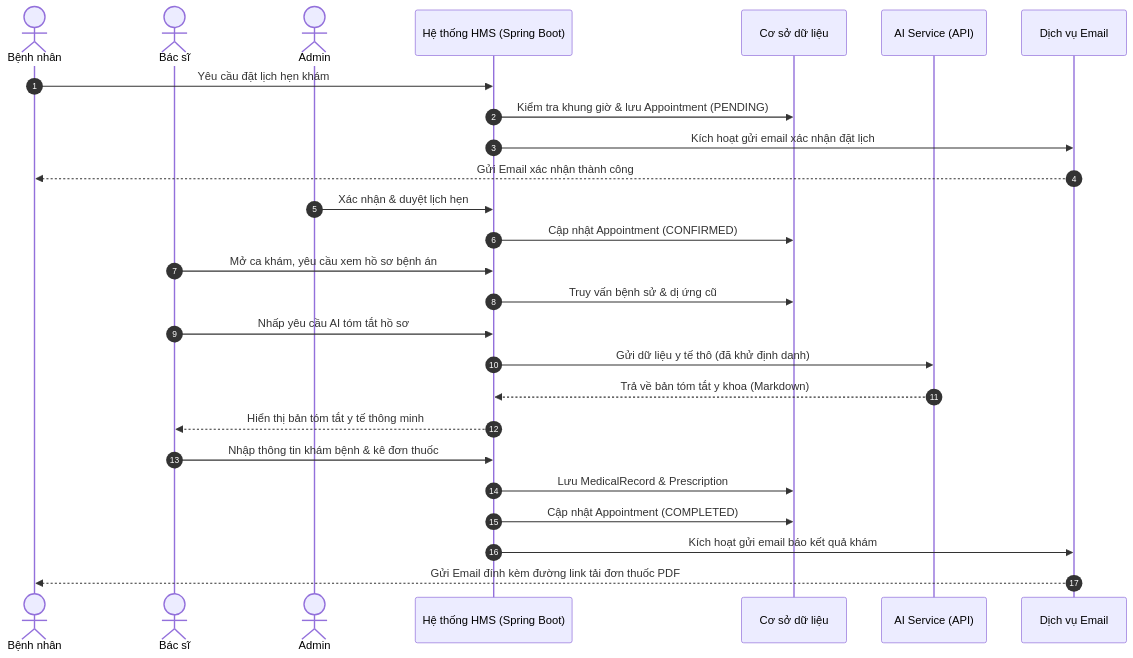
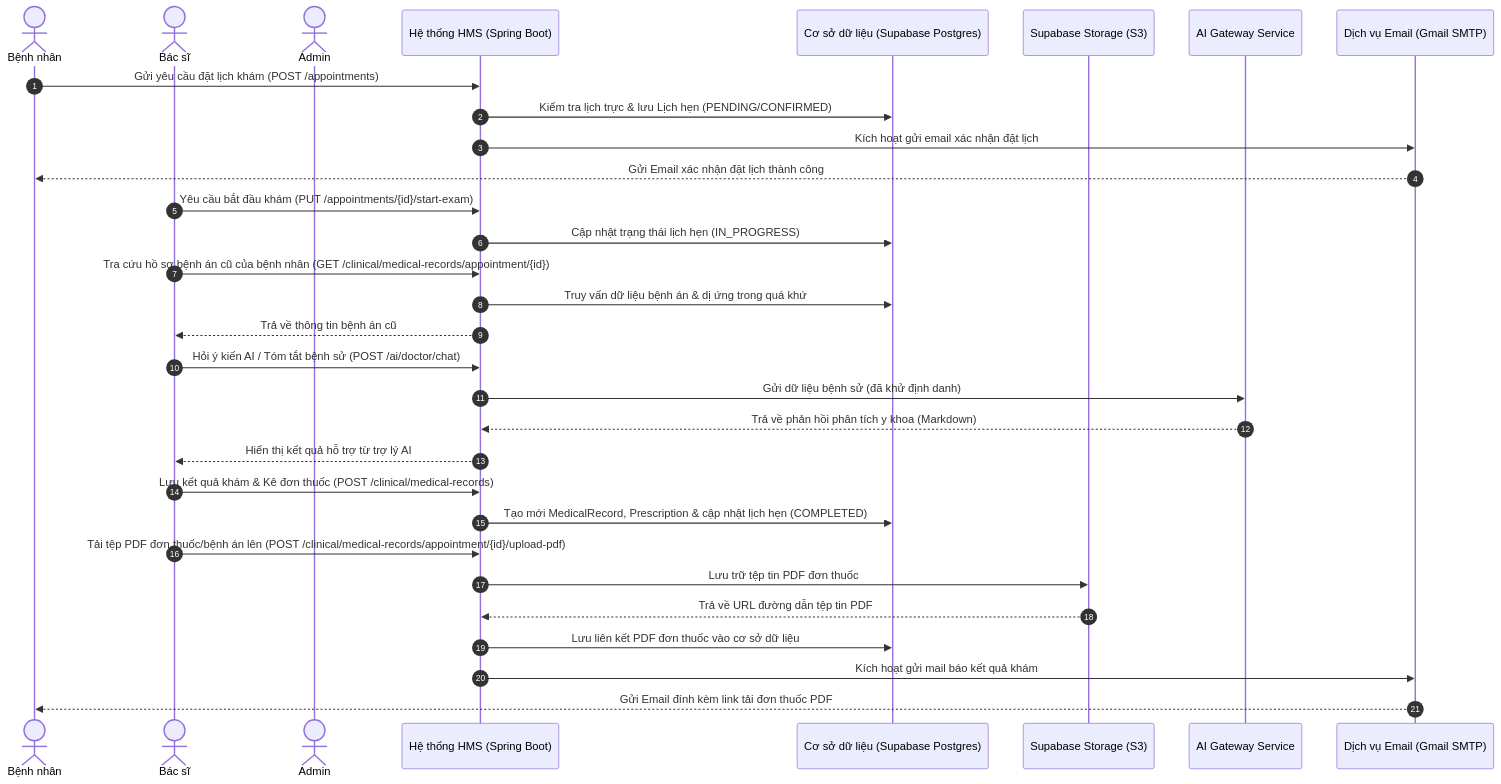
Before and after one commit to Anh-iscrying/MediCore_v2: the first of 4 diagrams in docs/srs.md, drawn with Mermaid. The commit also changed other lines of this file and 6 other files, not shown here.

````diff
--- a/docs/srs.md
+++ b/docs/srs.md
@@ -241,29 +241,41 @@
 ```mermaid
 sequenceDiagram
     autonumber
     actor Patient as Bệnh nhân
     actor Doctor as Bác sĩ
     actor Admin as Admin
     participant System as Hệ thống HMS (Spring Boot)
-    participant DB as Cơ sở dữ liệu
-    participant AI as AI Service (API)
-    participant Email as Dịch vụ Email
+    participant DB as Cơ sở dữ liệu (Supabase Postgres)
+    participant Storage as Supabase Storage (S3)
+    participant AI as AI Gateway Service
+    participant Email as Dịch vụ Email (Gmail SMTP)
 
-    Patient->>System: Yêu cầu đặt lịch hẹn khám
-    System->>DB: Kiểm tra khung giờ & lưu Appointment (PENDING)
+    %% 1. Đặt lịch
+    Patient->>System: Gửi yêu cầu đặt lịch khám (POST /appointments)
+    System->>DB: Kiểm tra lịch trực & lưu Lịch hẹn (PENDING/CONFIRMED)
     System->>Email: Kích hoạt gửi email xác nhận đặt lịch
-    Email-->>Patient: Gửi Email xác nhận thành công
-    Admin->>System: Xác nhận & duyệt lịch hẹn
-    System->>DB: Cập nhật Appointment (CONFIRMED)
-    Doctor->>System: Mở ca khám, yêu cầu xem hồ sơ bệnh án
-    System->>DB: Truy vấn bệnh sử & dị ứng cũ
-    Doctor->>System: Nhấp yêu cầu AI tóm tắt hồ sơ
-    System->>AI: Gửi dữ liệu y tế thô (đã khử định danh)
-    AI-->>System: Trả về bản tóm tắt y khoa (Markdown)
-    System-->>Doctor: Hiển thị bản tóm tắt y tế thông minh
-    Doctor->>System: Nhập thông tin khám bệnh & kê đơn thuốc
-    System->>DB: Lưu MedicalRecord & Prescription
-    System->>DB: Cập nhật Appointment (COMPLETED)
-    System->>Email: Kích hoạt gửi email báo kết quả khám
-    Email-->>Patient: Gửi Email đính kèm đường link tải đơn thuốc PDF
+    Email-->>Patient: Gửi Email xác nhận đặt lịch thành công
+
+    %% 2. Bắt đầu khám
+    Doctor->>System: Yêu cầu bắt đầu khám (PUT /appointments/{id}/start-exam)
+    System->>DB: Cập nhật trạng thái lịch hẹn (IN_PROGRESS)
+
+    %% 3. Khám bệnh & Tham khảo AI
+    Doctor->>System: Tra cứu hồ sơ bệnh án cũ của bệnh nhân (GET /clinical/medical-records/appointment/{id})
+    System->>DB: Truy vấn dữ liệu bệnh án & dị ứng trong quá khứ
+    System-->>Doctor: Trả về thông tin bệnh án cũ
+    Doctor->>System: Hỏi ý kiến AI / Tóm tắt bệnh sử (POST /ai/doctor/chat)
+    System->>AI: Gửi dữ liệu bệnh sử (đã khử định danh)
+    AI-->>System: Trả về phản hồi phân tích y khoa (Markdown)
+    System-->>Doctor: Hiển thị kết quả hỗ trợ từ trợ lý AI
+
+    %% 4. Kê đơn & Lưu bệnh án
+    Doctor->>System: Lưu kết quả khám & Kê đơn thuốc (POST /clinical/medical-records)
+    System->>DB: Tạo mới MedicalRecord, Prescription & cập nhật lịch hẹn (COMPLETED)
+    Doctor->>System: Tải tệp PDF đơn thuốc/bệnh án lên (POST /clinical/medical-records/appointment/{id}/upload-pdf)
+    System->>Storage: Lưu trữ tệp tin PDF đơn thuốc
+    Storage-->>System: Trả về URL đường dẫn tệp tin PDF
+    System->>DB: Lưu liên kết PDF đơn thuốc vào cơ sở dữ liệu
+    System->>Email: Kích hoạt gửi mail báo kết quả khám
+    Email-->>Patient: Gửi Email đính kèm link tải đơn thuốc PDF
 ```
````
